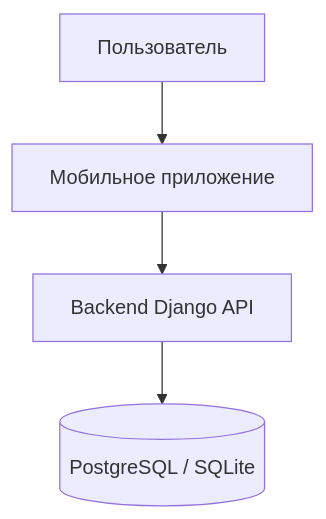
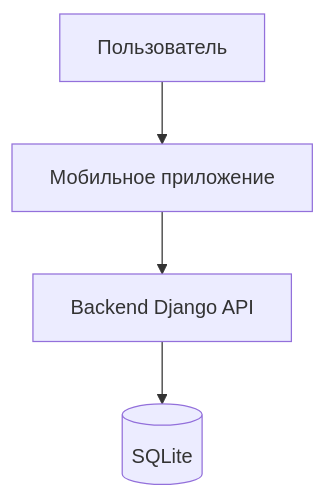
One commit to sofmjn/pc_builder_app changed the fourth of 7 diagrams in README.md. Above: the diagram before and after it, drawn with Mermaid. The commit also changed other lines of this file, not shown here.

````diff
--- a/README.md
+++ b/README.md
@@ -105,6 +105,6 @@
 ```mermaid
     flowchart TD
     User[Пользователь] --> MobileApp[Мобильное приложение]
     MobileApp --> Backend[Backend Django API]
-    Backend --> Database[(PostgreSQL / SQLite)]
+    Backend --> Database[(SQLite)]
 ```
````
